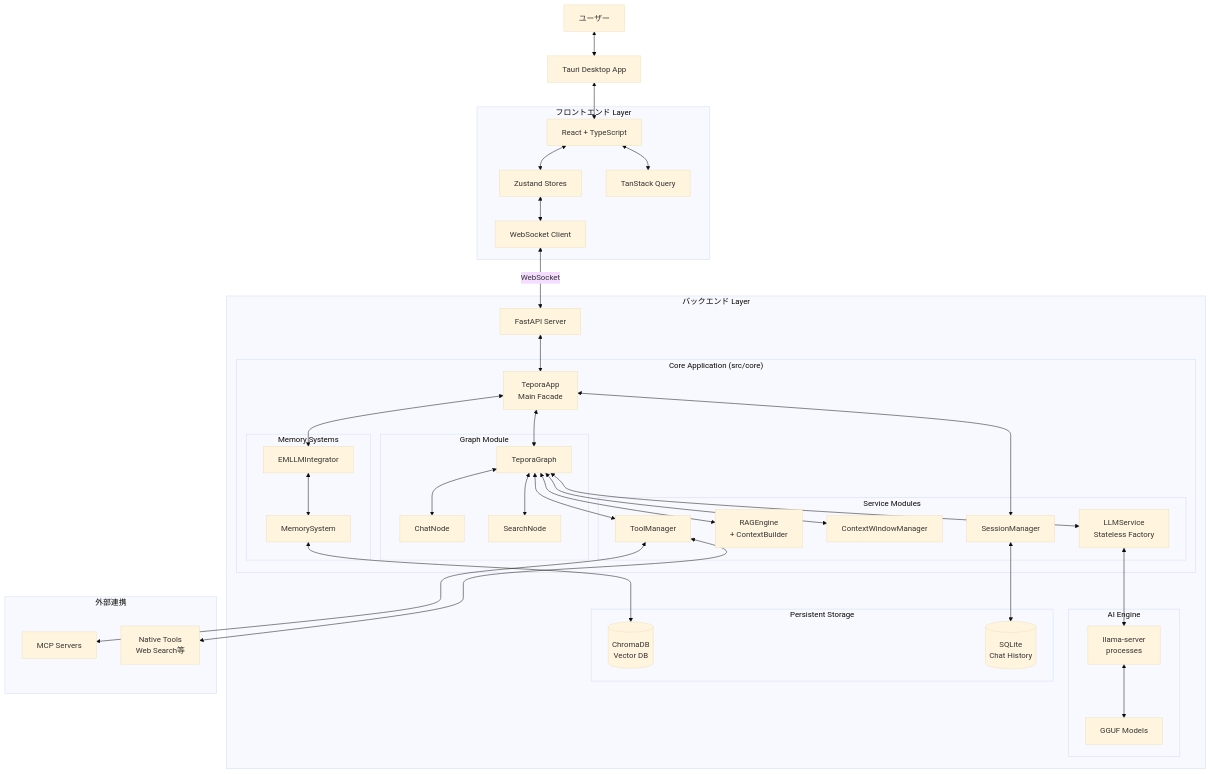
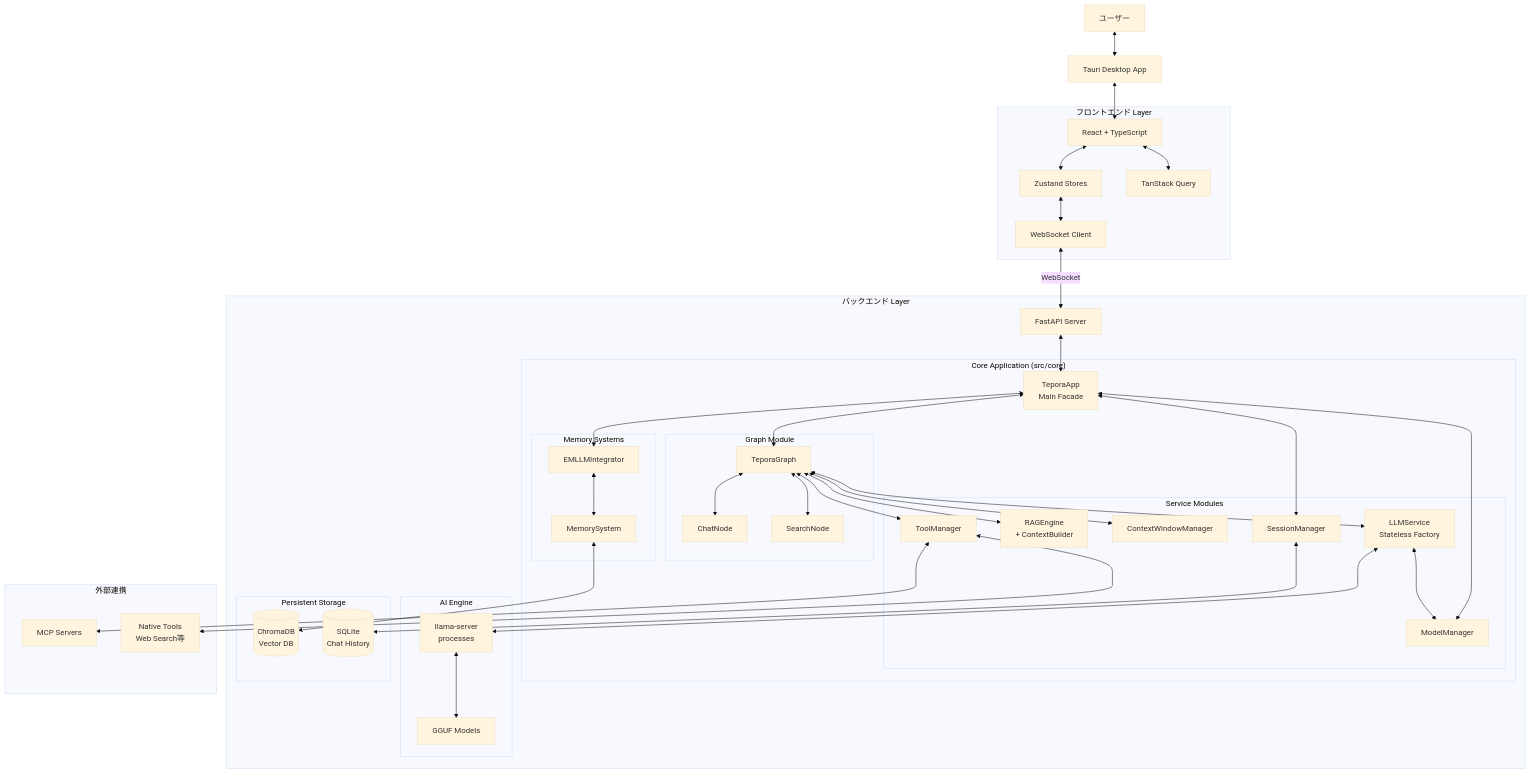
The first of 8 diagrams in docs/architecture/ARCHITECTURE.md (coco4atJP/Tepora-alpha), drawn with Mermaid (base theme) before and after one commit. The commit also changed other lines of this file and 69 other files, not shown here.

````diff
--- a/docs/architecture/ARCHITECTURE.md
+++ b/docs/architecture/ARCHITECTURE.md
@@ -59,76 +59,79 @@
 ```mermaid
 graph TB
     User[ユーザー] <--> Tauri[Tauri Desktop App]
   
     subgraph Frontend["フロントエンド Layer"]
         React[React + TypeScript]
         Zustand[Zustand Stores]
         WS[WebSocket Client]
         TanStack[TanStack Query]
     end
   
     subgraph Backend["バックエンド Layer"]
         FastAPI[FastAPI Server]
         
         subgraph Core["Core Application (src/core)"]
             TeporaApp[TeporaApp<br/>Main Facade]
             
             subgraph Graph["Graph Module"]
                 TeporaGraph[TeporaGraph]
                 ChatNode[ChatNode]
                 SearchNode[SearchNode]
             end
             
             subgraph Services["Service Modules"]
                 LLM[LLMService<br/>Stateless Factory]
                 RAG[RAGEngine<br/>+ ContextBuilder]
                 Context[ContextWindowManager]
                 Tools[ToolManager]
                 Session[SessionManager]
+                ModelsMgr[ModelManager]
             end
             
             subgraph Memory["Memory Systems"]
                 EMLLM[EMLLMIntegrator]
                 MemSys[MemorySystem]
             end
         end
       
         subgraph AI["AI Engine"]
             Llama[llama-server<br/>processes]
             Models[GGUF Models]
         end
       
         subgraph Storage["Persistent Storage"]
             Chroma[(ChromaDB<br/>Vector DB)]
             SQLite[(SQLite<br/>Chat History)]
         end
     end
   
     subgraph External["外部連携"]
         MCP[MCP Servers]
         Native[Native Tools<br/>Web Search等]
     end
   
     Tauri <--> React
     React <--> Zustand
     React <--> TanStack
     Zustand <--> WS
     WS <-->|WebSocket| FastAPI
     FastAPI <--> TeporaApp
     TeporaApp <--> TeporaGraph
     TeporaGraph <--> ChatNode
     TeporaGraph <--> SearchNode
     TeporaGraph <--> LLM
     TeporaGraph <--> RAG
     TeporaGraph <--> Context
     TeporaGraph <--> Tools
     TeporaApp <--> Session
     TeporaApp <--> EMLLM
+    TeporaApp <--> ModelsMgr
+    LLM <--> ModelsMgr
     LLM <--> Llama
     Llama <--> Models
     EMLLM <--> MemSys
     MemSys <--> Chroma
     Session <--> SQLite
     Tools <--> MCP
     Tools <--> Native
 ```
````
